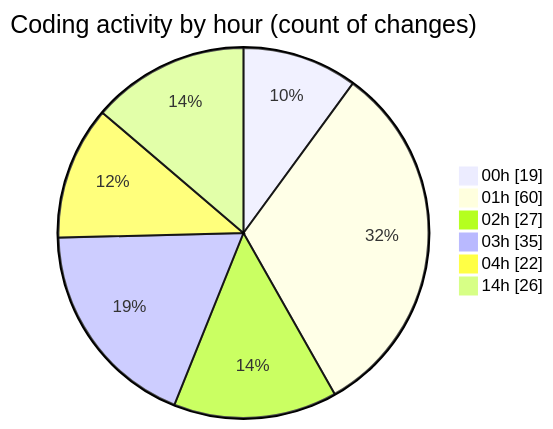
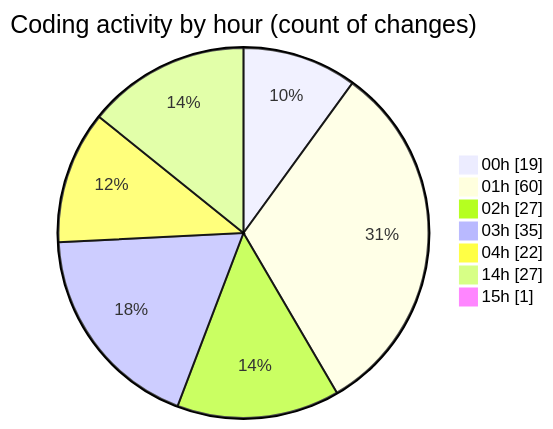
The second of 2 diagrams in 2025-07-25/quanlyrapchieuphim-1/README.md (lephambinh05/code-tracking), drawn with Mermaid before and after one commit. The commit also changed other lines of this file and 1 other file, not shown here.

````diff
--- a/2025-07-25/quanlyrapchieuphim-1/README.md
+++ b/2025-07-25/quanlyrapchieuphim-1/README.md
@@ -36,10 +36,11 @@
 ```mermaid
 pie showData
 title Coding activity by hour (count of changes)
 "00h" : 19
 "01h" : 60
 "02h" : 27
 "03h" : 35
 "04h" : 22
-"14h" : 26
+"14h" : 27
+"15h" : 1
 ```
````
